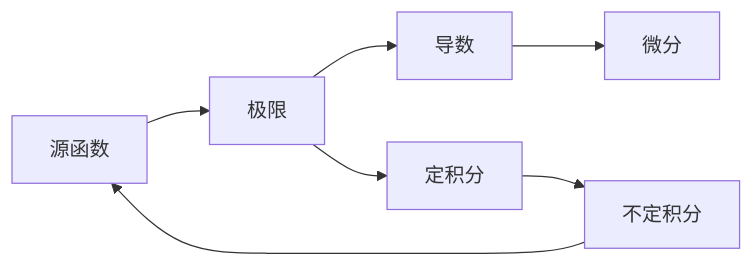
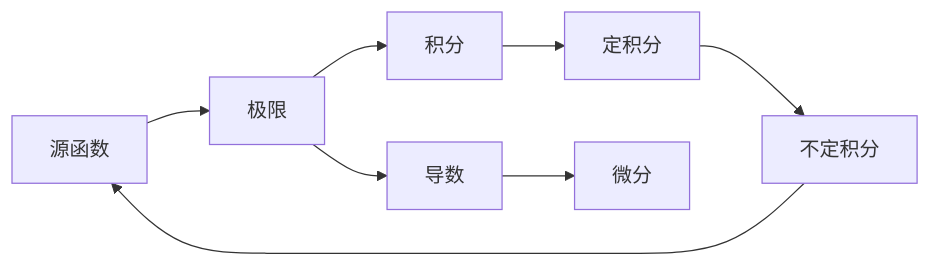
One commit to huanCode/study changed the diagram in 数学/微积分/微积分.md. Above: the diagram before and after it, drawn with Mermaid. The commit also changed other lines of this file and 9 other files, not shown here.

````diff
--- a/数学/微积分/微积分.md
+++ b/数学/微积分/微积分.md
@@ -8,9 +8,10 @@
 ```mermaid
 graph LR
   源函数 --> 极限
   极限 --> 导数;
-  极限 --> 定积分;
+  极限 --> 积分;
+  积分 --> 定积分;
   定积分 --> 不定积分;
   不定积分 --> 源函数;
   导数 --> 微分;
 ```
````
